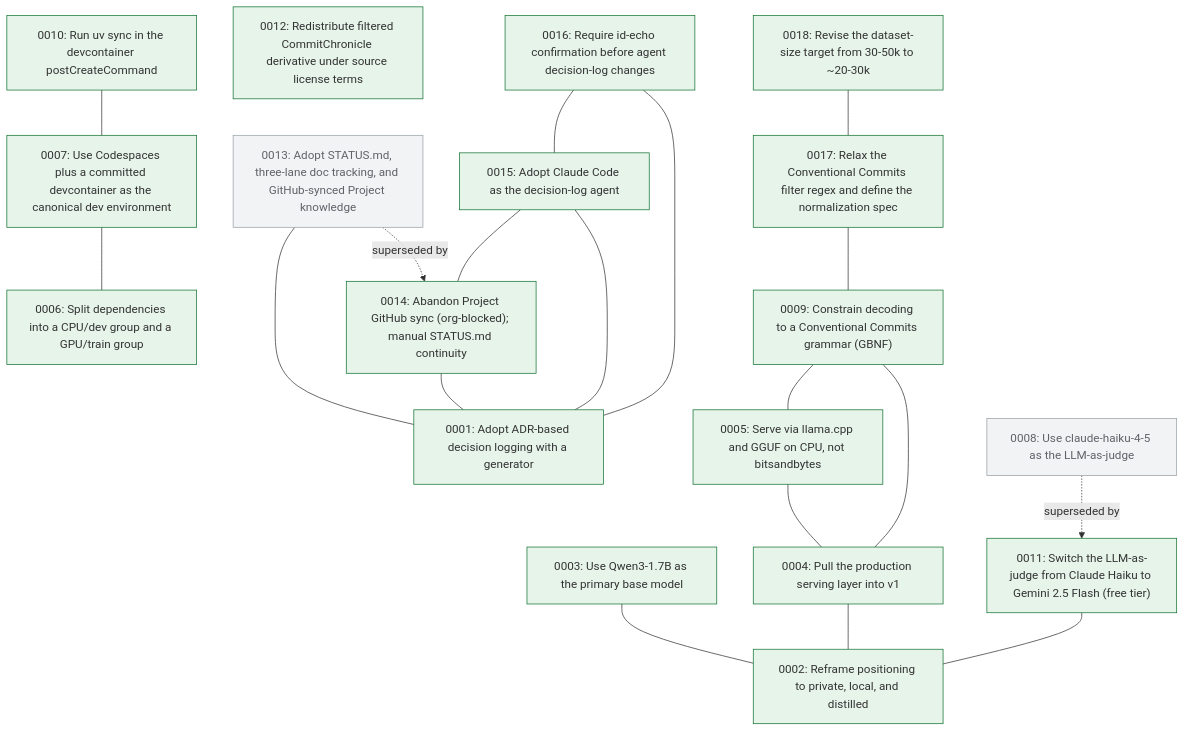
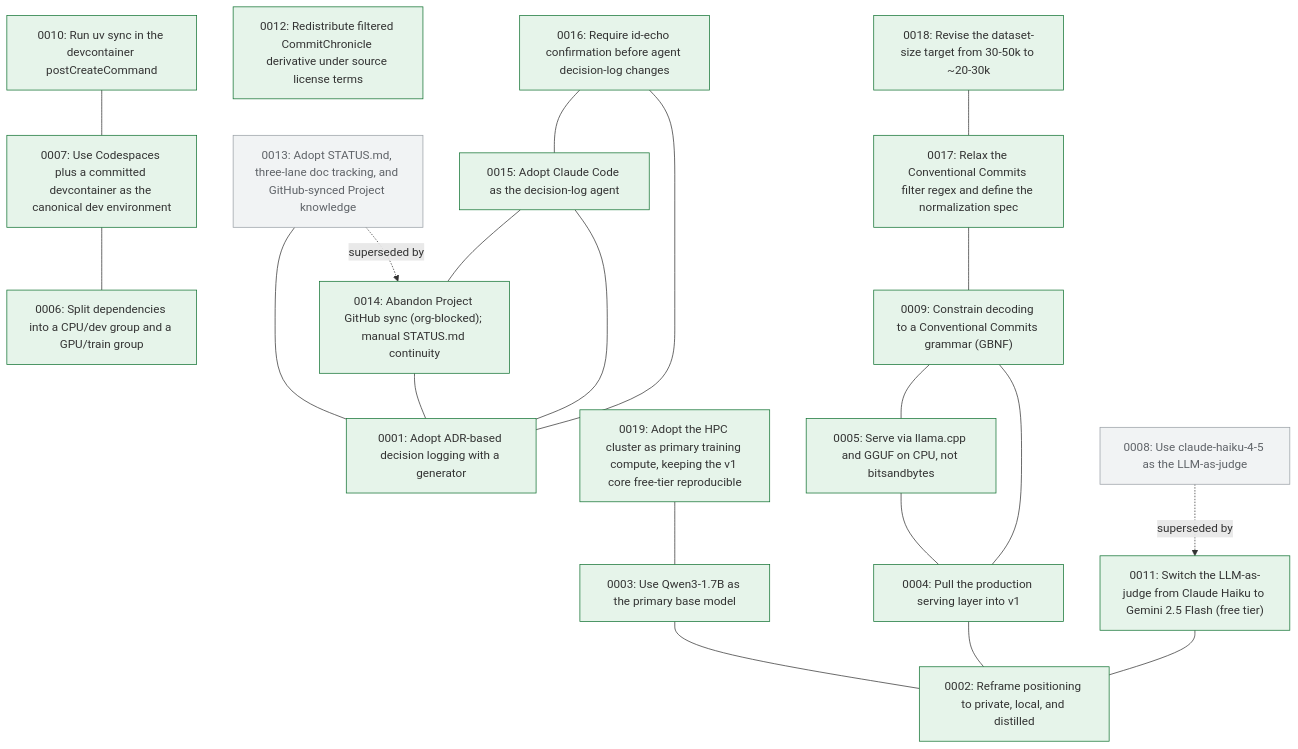
One commit to marzoukbaig14/Committed changed the diagram in docs/decision-tree.md. Above: the diagram before and after it, drawn with Mermaid. The commit also changed 6 other files, not shown here.

````diff
--- a/docs/decision-tree.md
+++ b/docs/decision-tree.md
@@ -5,43 +5,45 @@
 ```mermaid
 graph TD
   n0001["0001: Adopt ADR-based decision logging with a generator"]:::accepted
   n0002["0002: Reframe positioning to private, local, and distilled"]:::accepted
   n0003["0003: Use Qwen3-1.7B as the primary base model"]:::accepted
   n0004["0004: Pull the production serving layer into v1"]:::accepted
   n0005["0005: Serve via llama.cpp and GGUF on CPU, not bitsandbytes"]:::accepted
   n0006["0006: Split dependencies into a CPU/dev group and a GPU/train group"]:::accepted
   n0007["0007: Use Codespaces plus a committed devcontainer as the canonical dev environment"]:::accepted
   n0008["0008: Use claude-haiku-4-5 as the LLM-as-judge"]:::superseded
   n0009["0009: Constrain decoding to a Conventional Commits grammar (GBNF)"]:::accepted
   n0010["0010: Run uv sync in the devcontainer postCreateCommand"]:::accepted
   n0011["0011: Switch the LLM-as-judge from Claude Haiku to Gemini 2.5 Flash (free tier)"]:::accepted
   n0012["0012: Redistribute filtered CommitChronicle derivative under source license terms"]:::accepted
   n0013["0013: Adopt STATUS.md, three-lane doc tracking, and GitHub-synced Project knowledge"]:::superseded
   n0014["0014: Abandon Project GitHub sync (org-blocked); manual STATUS.md continuity"]:::accepted
   n0015["0015: Adopt Claude Code as the decision-log agent"]:::accepted
   n0016["0016: Require id-echo confirmation before agent decision-log changes"]:::accepted
   n0017["0017: Relax the Conventional Commits filter regex and define the normalization spec"]:::accepted
   n0018["0018: Revise the dataset-size target from 30-50k to ~20-30k"]:::accepted
+  n0019["0019: Adopt the HPC cluster as primary training compute, keeping the v1 core free-tier reproducible"]:::accepted
   n0003 --- n0002
   n0004 --- n0002
   n0005 --- n0004
   n0007 --- n0006
   n0009 --- n0004
   n0009 --- n0005
   n0010 --- n0007
   n0008 -. superseded by .-> n0011
   n0011 --- n0002
   n0013 --- n0001
   n0013 -. superseded by .-> n0014
   n0014 --- n0001
   n0015 --- n0001
   n0015 --- n0014
   n0016 --- n0001
   n0016 --- n0015
   n0017 --- n0009
   n0018 --- n0017
+  n0019 --- n0003
   classDef proposed fill:#fff7e6,stroke:#d4a017;
   classDef accepted fill:#e6f4ea,stroke:#137333;
   classDef superseded fill:#f1f3f4,stroke:#9aa0a6,color:#5f6368;
   classDef deprecated fill:#fce8e6,stroke:#c5221f,color:#5f6368;
 ```
````
